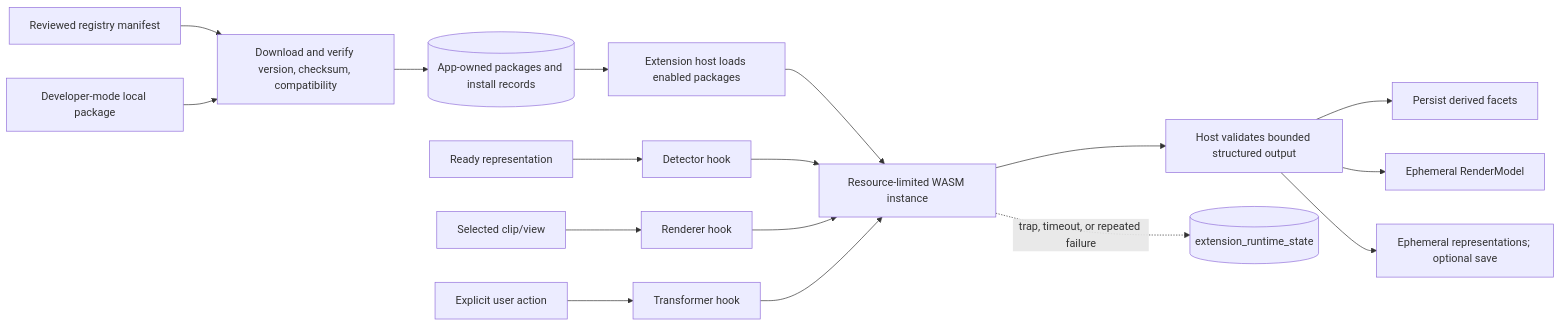
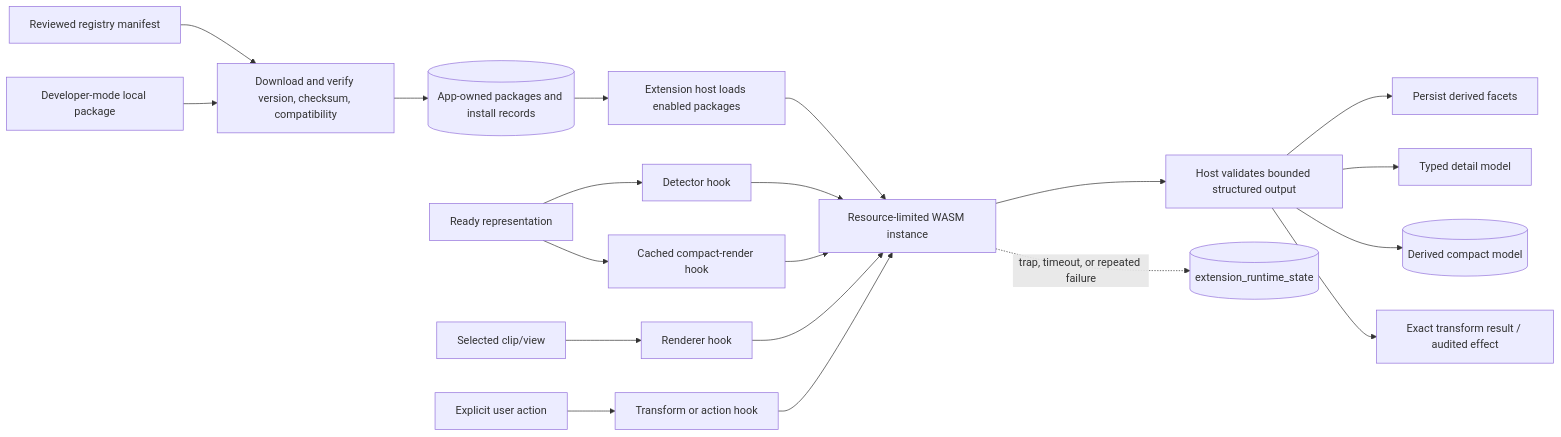
Before and after one commit to azure06/clipsx: the fourth of 5 diagrams in docs/ARCHITECTURE.md, drawn with Mermaid. The commit also changed other lines of this file and 48 other files, not shown here.

````diff
--- a/docs/ARCHITECTURE.md
+++ b/docs/ARCHITECTURE.md
@@ -430,21 +437,24 @@
 ```mermaid
 flowchart LR
   Registry["Reviewed registry manifest"] --> Verify["Download and verify version, checksum, compatibility"]
   Dev["Developer-mode local package"] --> Verify
   Verify --> Install[("App-owned packages and install records")]
   Install --> Load["Extension host loads enabled packages"]
   Load --> WASM["Resource-limited WASM instance"]
 
   Capture["Ready representation"] --> DetectHook["Detector hook"]
   Select["Selected clip/view"] --> RenderHook["Renderer hook"]
-  Action["Explicit user action"] --> TransformHook["Transformer hook"]
+  Capture --> CompactHook["Cached compact-render hook"]
+  Action["Explicit user action"] --> ExecuteHook["Transform or action hook"]
 
   DetectHook --> WASM
   RenderHook --> WASM
-  TransformHook --> WASM
+  CompactHook --> WASM
+  ExecuteHook --> WASM
   WASM --> Validate["Host validates bounded structured output"]
   Validate --> Facets["Persist derived facets"]
-  Validate --> Model["Ephemeral RenderModel"]
-  Validate --> Result["Ephemeral representations; optional save"]
+  Validate --> Model["Typed detail model"]
+  Validate --> Compact[("Derived compact model")]
+  Validate --> Result["Exact transform result / audited effect"]
   WASM -. "trap, timeout, or repeated failure" .-> Quarantine[("extension_runtime_state")]
 ```
````
